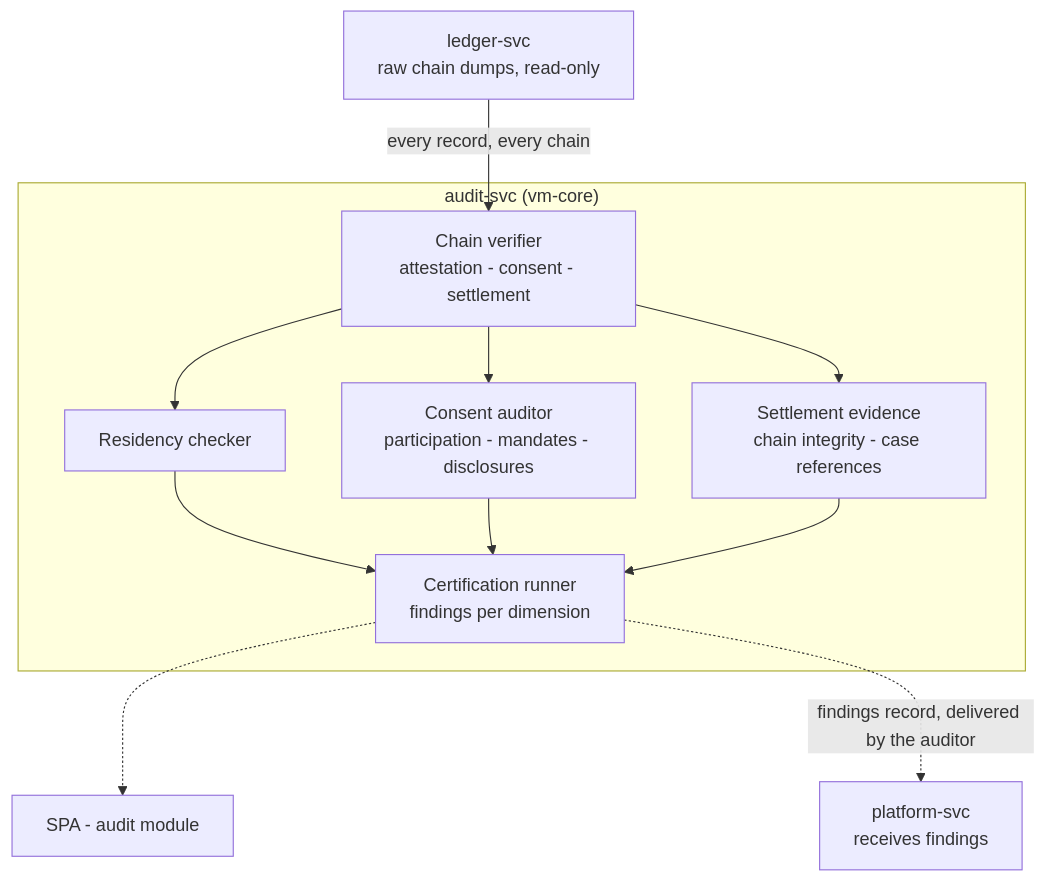
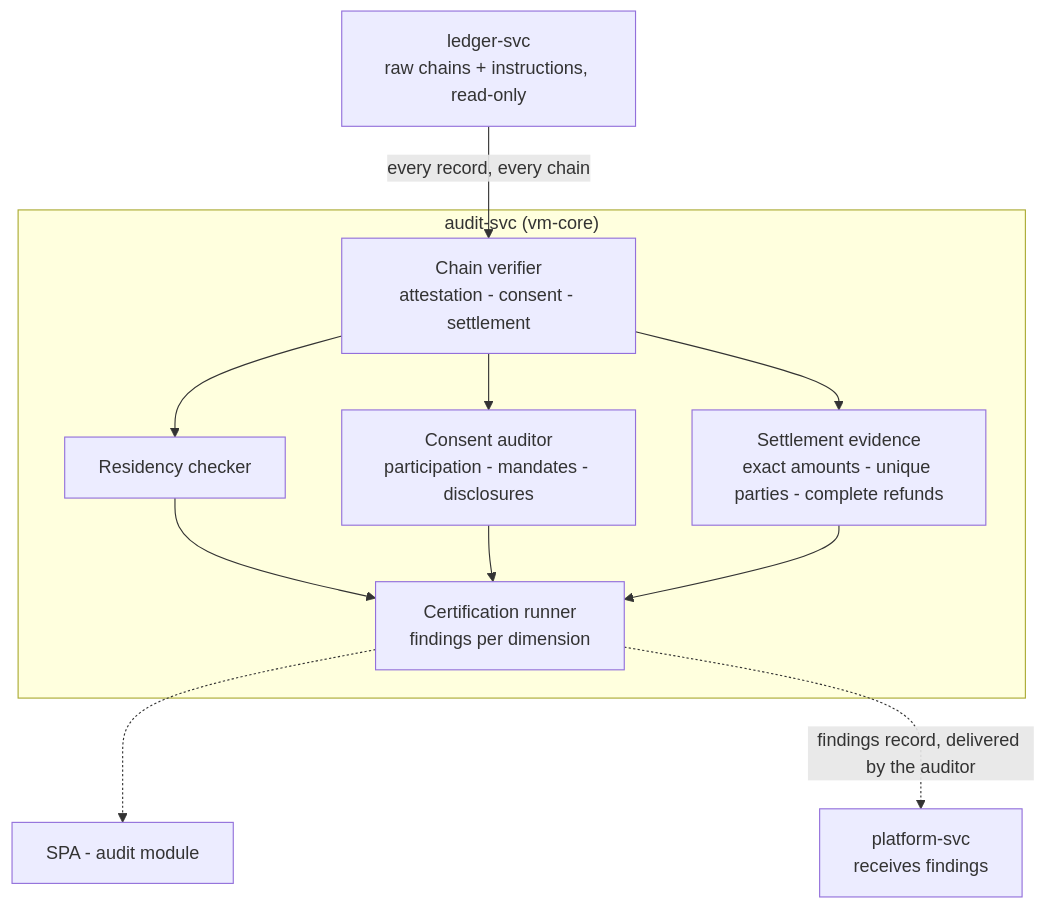
Before and after one commit to alius-git/amisad.dev: the diagram in plan/design/08-audit.md, drawn with Mermaid. The commit also changed other lines of this file and 53 other files, not shown here.

````diff
--- a/plan/design/08-audit.md
+++ b/plan/design/08-audit.md
@@ -7,23 +7,23 @@
 ```mermaid
 flowchart TD
     subgraph svc["audit-svc (vm-core)"]
         chains["Chain verifier<br/>attestation - consent - settlement"]
         residency["Residency checker"]
         consent["Consent auditor<br/>participation - mandates - disclosures"]
-        conservation["Settlement evidence<br/>chain integrity - case references"]
+        conservation["Settlement evidence<br/>exact amounts - unique parties - complete refunds"]
         certify["Certification runner<br/>findings per dimension"]
     end
     spa["SPA - audit module"]
-    ledger["ledger-svc<br/>raw chain dumps, read-only"]
+    ledger["ledger-svc<br/>raw chains + instructions, read-only"]
     platform["platform-svc<br/>receives findings"]
 
     ledger -->|"every record, every chain"| chains
     chains --> residency
     chains --> consent
     chains --> conservation
     residency --> certify
     consent --> certify
     conservation --> certify
     certify -.-> spa
     certify -.->|"findings record, delivered by the auditor"| platform
 ```
````
